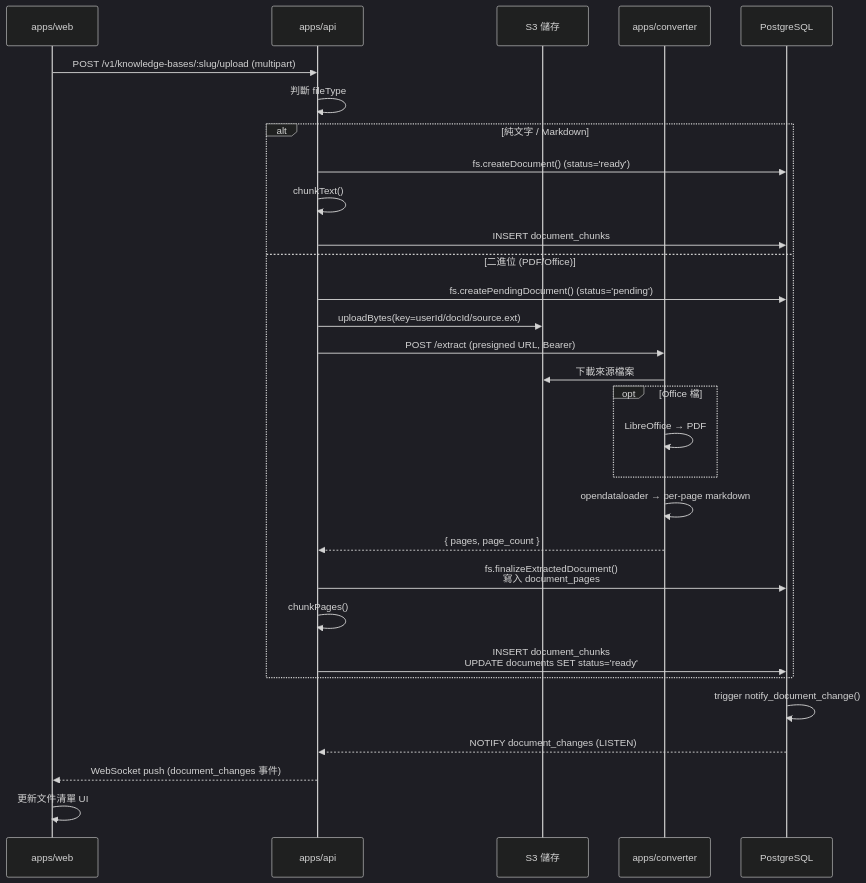
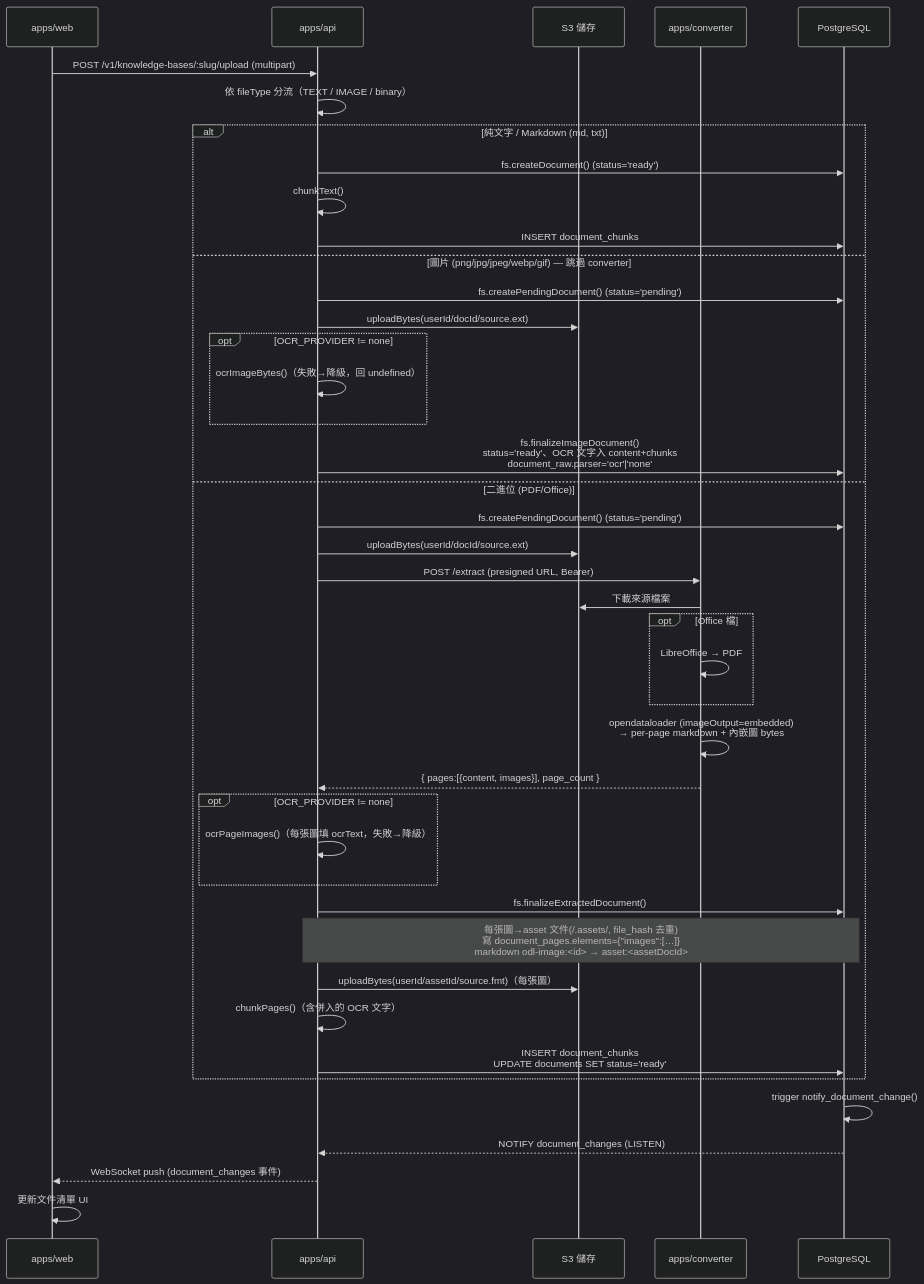
The second of 3 diagrams in docs/architecture/workflows.md (wkchen5872/team-kms), drawn with Mermaid (dark theme) before and after one commit. The commit also changed other lines of this file and 4 other files, not shown here.

First line of the commit message:
docs(image-ocr-pipeline): document image extraction, OCR & MCP read paths

````diff
--- a/docs/architecture/workflows.md
+++ b/docs/architecture/workflows.md
@@ -115,35 +126,47 @@
 ```mermaid
 sequenceDiagram
     participant Web as apps/web
     participant API as apps/api
     participant S3 as S3 儲存
     participant Conv as apps/converter
     participant DB as PostgreSQL
 
     Web->>API: POST /v1/knowledge-bases/:slug/upload (multipart)
-    API->>API: 判斷 fileType
+    API->>API: 依 fileType 分流（TEXT / IMAGE / binary）
 
-    alt 純文字 / Markdown
+    alt 純文字 / Markdown (md, txt)
         API->>DB: fs.createDocument() (status='ready')
         API->>API: chunkText()
         API->>DB: INSERT document_chunks
+    else 圖片 (png/jpg/jpeg/webp/gif) — 跳過 converter
+        API->>DB: fs.createPendingDocument() (status='pending')
+        API->>S3: uploadBytes(userId/docId/source.ext)
+        opt OCR_PROVIDER != none
+            API->>API: ocrImageBytes()（失敗→降級，回 undefined）
+        end
+        API->>DB: fs.finalizeImageDocument()<br/>status='ready'、OCR 文字入 content+chunks<br/>document_raw.parser='ocr'|'none'
     else 二進位 (PDF/Office)
         API->>DB: fs.createPendingDocument() (status='pending')
-        API->>S3: uploadBytes(key=userId/docId/source.ext)
+        API->>S3: uploadBytes(userId/docId/source.ext)
         API->>Conv: POST /extract (presigned URL, Bearer)
         Conv->>S3: 下載來源檔案
         opt Office 檔
             Conv->>Conv: LibreOffice → PDF
         end
-        Conv->>Conv: opendataloader → per-page markdown
-        Conv-->>API: { pages, page_count }
-        API->>DB: fs.finalizeExtractedDocument()<br/>寫入 document_pages
-        API->>API: chunkPages()
+        Conv->>Conv: opendataloader (imageOutput=embedded)<br/>→ per-page markdown + 內嵌圖 bytes
+        Conv-->>API: { pages:[{content, images}], page_count }
+        opt OCR_PROVIDER != none
+            API->>API: ocrPageImages()（每張圖填 ocrText，失敗→降級）
+        end
+        API->>DB: fs.finalizeExtractedDocument()
+        Note over API,DB: 每張圖→asset 文件(/.assets/, file_hash 去重)<br/>寫 document_pages.elements={"images":[…]}<br/>markdown odl-image:<id> → asset:<assetDocId>
+        API->>S3: uploadBytes(userId/assetId/source.fmt)（每張圖）
+        API->>API: chunkPages()（含併入的 OCR 文字）
         API->>DB: INSERT document_chunks<br/>UPDATE documents SET status='ready'
     end
 
     DB->>DB: trigger notify_document_change()
     DB-->>API: NOTIFY document_changes (LISTEN)
     API-->>Web: WebSocket push (document_changes 事件)
     Web->>Web: 更新文件清單 UI
 ```
````
